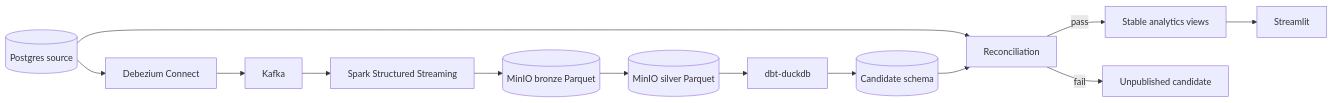
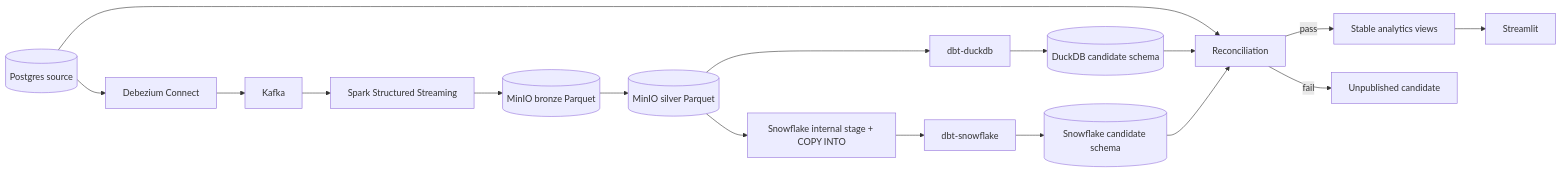
The diagram in docs/architecture.md (rajeev-chaurasia/millrace), drawn with Mermaid before and after one commit. The commit also changed other lines of this file and 53 other files, not shown here.

````diff
--- a/docs/architecture.md
+++ b/docs/architecture.md
@@ -9,15 +9,19 @@
 ```mermaid
 flowchart LR
     Source[(Postgres source)] --> Connect[Debezium Connect]
     Connect --> Kafka[Kafka]
     Kafka --> Spark[Spark Structured Streaming]
     Spark --> Bronze[(MinIO bronze Parquet)]
     Bronze --> Silver[(MinIO silver Parquet)]
     Silver --> Dbt[dbt-duckdb]
-    Dbt --> Candidate[(Candidate schema)]
+    Dbt --> Candidate[(DuckDB candidate schema)]
+    Silver --> SFLoad[Snowflake internal stage + COPY INTO]
+    SFLoad --> DbtSF[dbt-snowflake]
+    DbtSF --> CandidateSF[(Snowflake candidate schema)]
     Source --> Validate[Reconciliation]
     Candidate --> Validate
+    CandidateSF --> Validate
     Validate -->|pass| Publish[Stable analytics views]
     Validate -->|fail| Quarantine[Unpublished candidate]
     Publish --> Dashboard[Streamlit]
 ```
````
